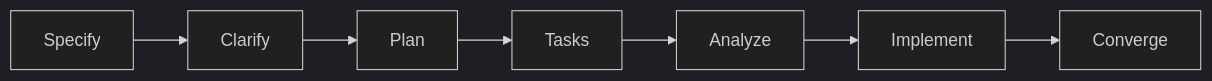
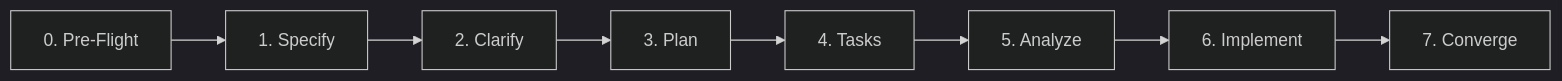
Before and after one commit to kyogoiano/wallet: the diagram in AGENTS.md, drawn with Mermaid (dark theme). The commit also changed other lines of this file and 6 other files, not shown here.

````diff
--- a/AGENTS.md
+++ b/AGENTS.md
@@ -27,4 +27,4 @@
 ```mermaid
 flowchart LR
-    Specify --> Clarify --> Plan --> Tasks --> Analyze --> Implement --> Converge
+    PreFlight[0. Pre-Flight] --> Specify[1. Specify] --> Clarify[2. Clarify] --> Plan[3. Plan] --> Tasks[4. Tasks] --> Analyze[5. Analyze] --> Implement[6. Implement] --> Converge[7. Converge]
 ```
````
